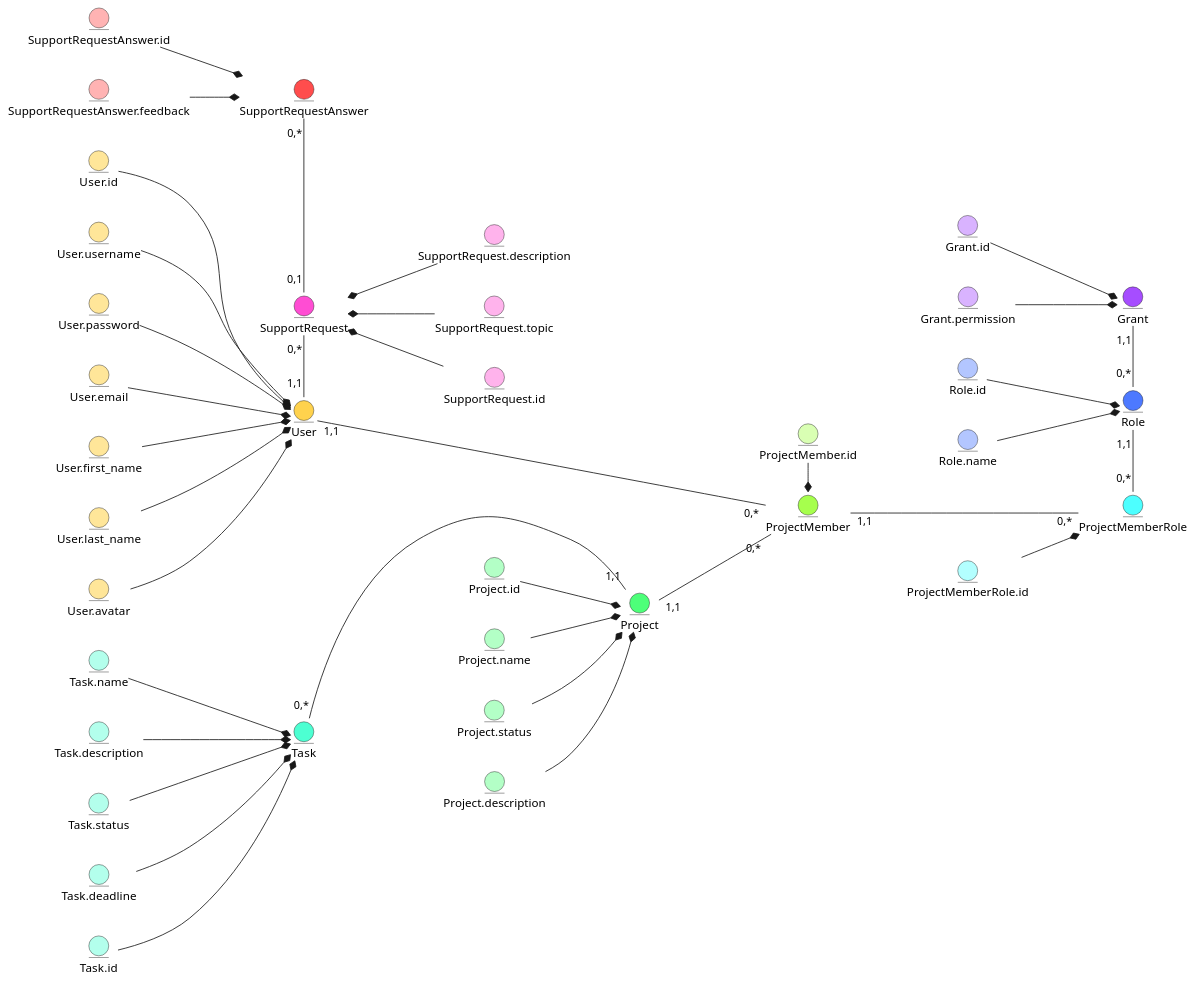
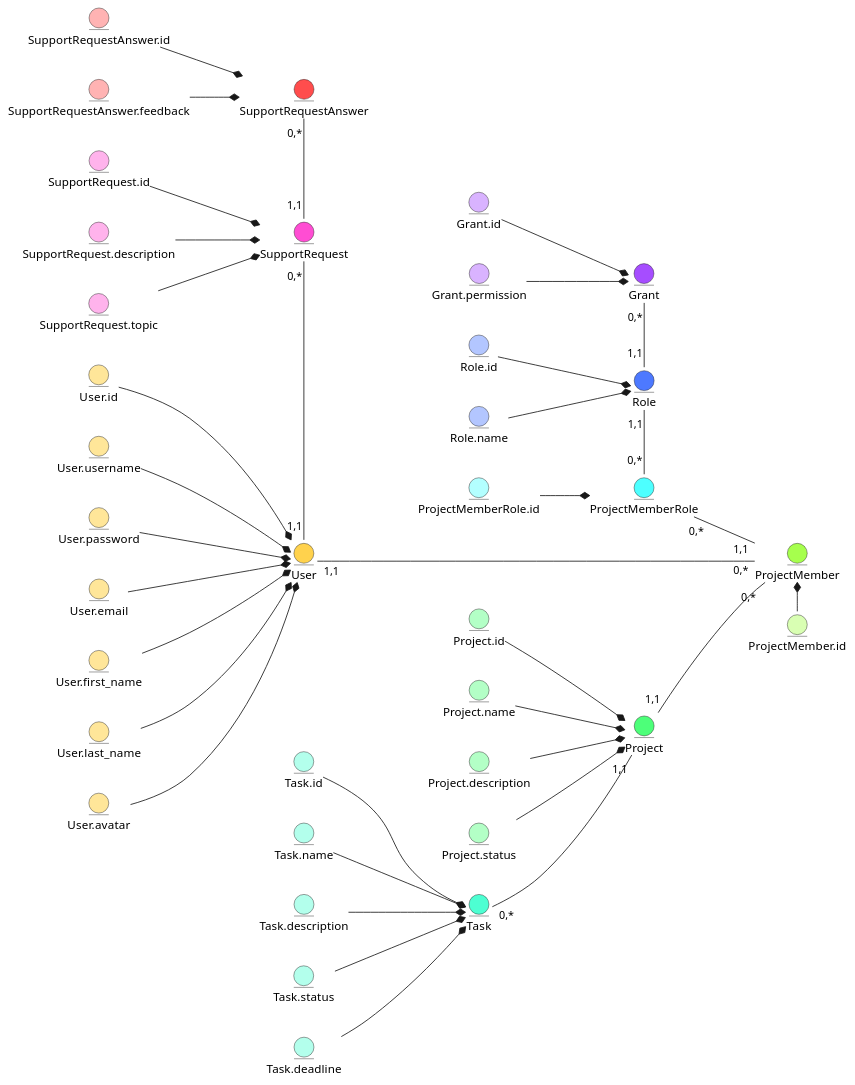
One commit to bohdanbulakh/databases-labs changed the diagram in docs/design/README.md. Above: the diagram before and after it, drawn with PlantUML.

Commit message:
fix business objects scheme connections

```diff
--- a/docs/design/README.md
+++ b/docs/design/README.md
@@ -49,7 +49,7 @@
     entity ProjectMember #a6ff4d
     entity ProjectMember.id #d9ffb3
 
-    ProjectMember.id -r-* ProjectMember
+    ProjectMember.id -l-* ProjectMember
 
 
     entity Project #4dff79
@@ -81,9 +81,9 @@
     entity SupportRequest.description #ffb3ec
     entity SupportRequest.topic #ffb3ec
 
-    SupportRequest.id -u-* SupportRequest
-    SupportRequest.topic -u-* SupportRequest
-    SupportRequest.description -u-* SupportRequest
+    SupportRequest.id -d-* SupportRequest
+    SupportRequest.topic -d-* SupportRequest
+    SupportRequest.description -d-* SupportRequest
 
     entity SupportRequestAnswer #ff4d4d
     entity SupportRequestAnswer.id #ffb3b3
@@ -92,17 +92,15 @@
     SupportRequestAnswer.id -d-* SupportRequestAnswer
     SupportRequestAnswer.feedback -d-* SupportRequestAnswer
 
-    User "1,1" -d-- "0,*" ProjectMember
-    Grant "1,1" -r- "0,*" Role
+    User "1,1" -d--- "0,*" ProjectMember
+    Role "1,1" -l- "0,*" Grant
 
-    ProjectMemberRole "0,*" -l-- "1,1" Role
-    ProjectMemberRole "0,*" -u-- "1,1" ProjectMember
-    ProjectMember "0,*" -u-- "1,1" Project
-    Project "1,1" -u-- "0,*" Task
-    Task -l[hidden]-> User
-    SupportRequest.topic -l[hidden]-> Project.status
+    ProjectMemberRole "0,*" -l- "1,1" Role
+    ProjectMemberRole "0,*" -d- "1,1" ProjectMember
+    ProjectMember "0,*" -u- "1,1" Project
+    Project "1,1" -u- "0,*" Task
 
-    SupportRequest "0,*" -r-- "1,1" User
-    SupportRequestAnswer "0,*" -r-- "0,1" SupportRequest
+    SupportRequest "0,*" - "1,1" User
+    SupportRequestAnswer "0,*" -r- "1,1" SupportRequest
 
 @enduml
```
